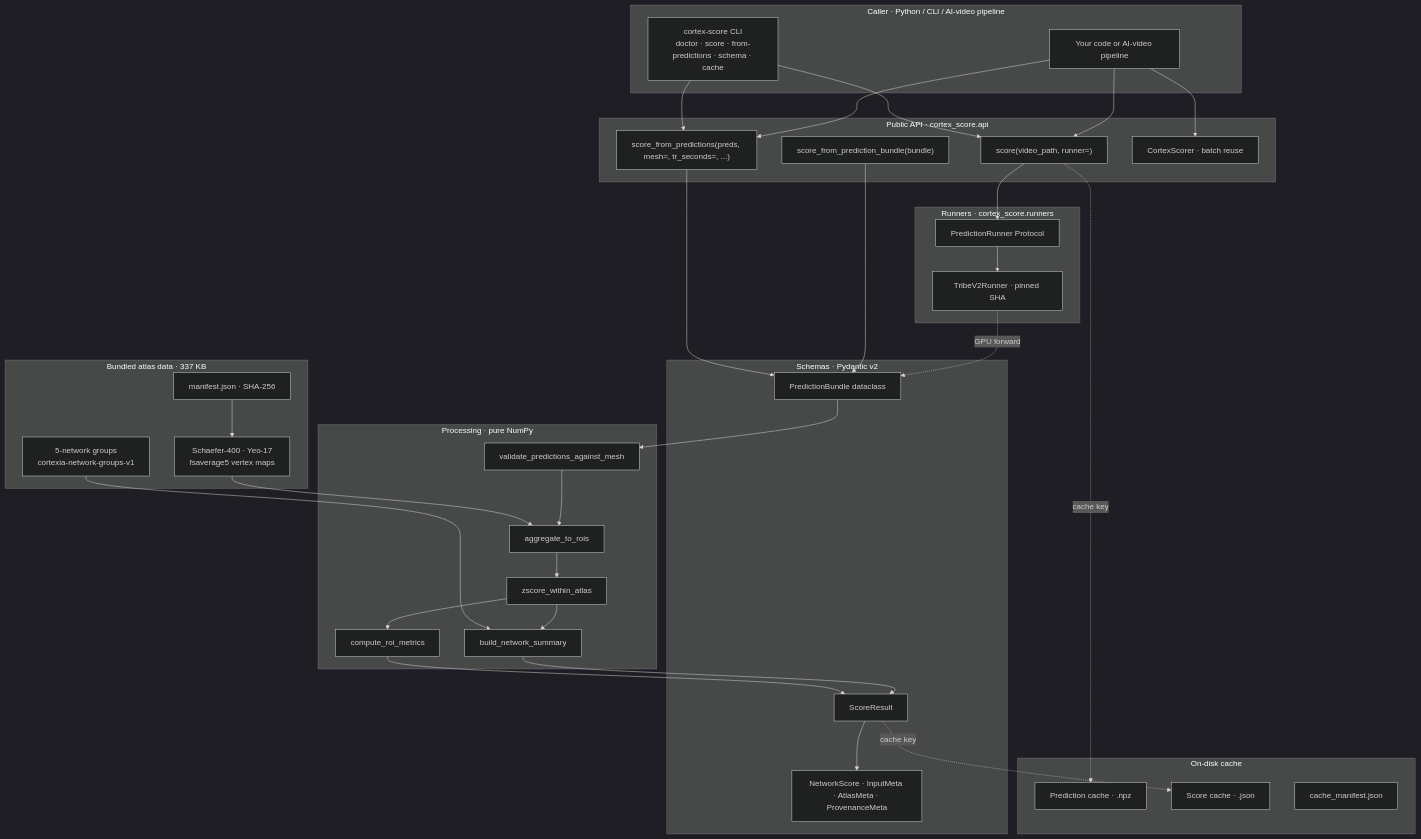
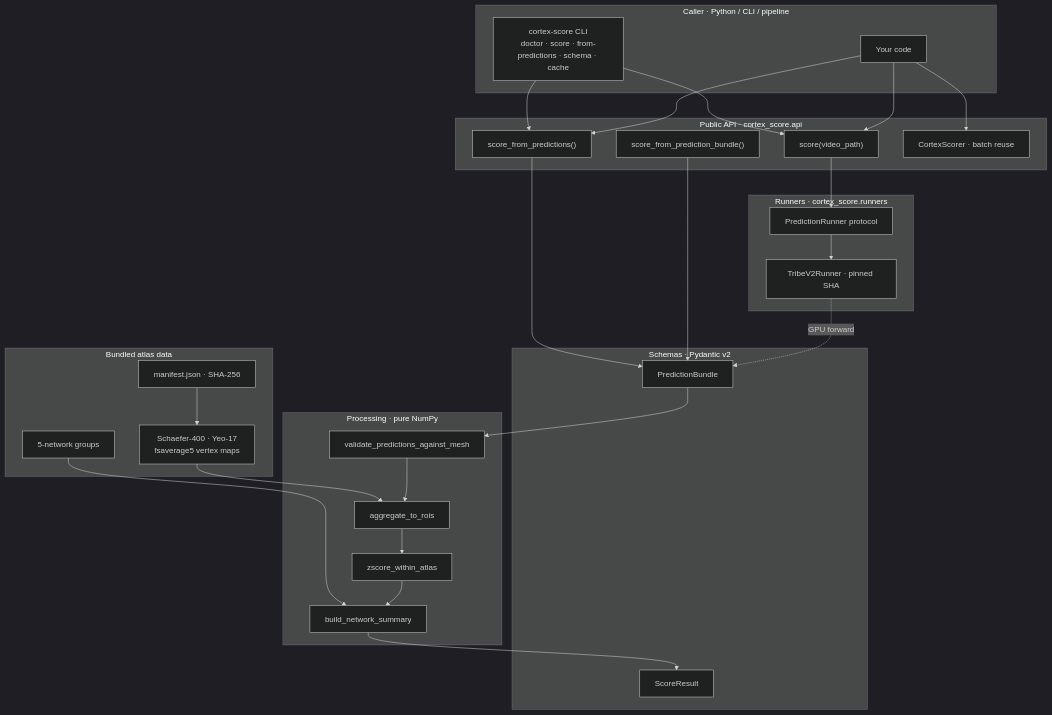
The second of 3 diagrams in README.md (madhavcodez/cortex-score), drawn with Mermaid (dark theme) before and after one commit. The commit also changed other lines of this file, not shown here.

Commit message:
docs: simplify README — strip badges/SVG chrome, keep diagrams and substance

````diff
--- a/README.md
+++ b/README.md
@@ -60,74 +49,48 @@
 ```mermaid
 flowchart TB
-    subgraph Caller["Caller · Python / CLI / AI-video pipeline"]
-        APP[Your code or AI-video pipeline]
+    subgraph "Caller · Python / CLI / pipeline"
+        APP[Your code]
         CLI["cortex-score CLI<br/>doctor · score · from-predictions · schema · cache"]
     end
 
-    subgraph Public["Public API · cortex_score.api"]
-        SFB["score_from_prediction_bundle(bundle)"]
-        SFP["score_from_predictions(preds, mesh=, tr_seconds=, ...)"]
-        SCORE["score(video_path, runner=)"]
+    subgraph "Public API · cortex_score.api"
+        SFB["score_from_prediction_bundle()"]
+        SFP["score_from_predictions()"]
+        SCORE["score(video_path)"]
         CS[CortexScorer · batch reuse]
     end
 
-    subgraph Runners["Runners · cortex_score.runners"]
-        PROT[PredictionRunner Protocol]
+    subgraph "Runners · cortex_score.runners"
+        PROT[PredictionRunner protocol]
         TRIBE["TribeV2Runner · pinned SHA"]
     end
 
-    subgraph Processing["Processing · pure NumPy"]
+    subgraph "Processing · pure NumPy"
         AGG[aggregate_to_rois]
         NORM[zscore_within_atlas]
         NET[build_network_summary]
-        METRICS[compute_roi_metrics]
         VAL[validate_predictions_against_mesh]
     end
 
-    subgraph Data["Bundled atlas data · 337 KB"]
+    subgraph "Bundled atlas data"
         ATLAS["Schaefer-400 · Yeo-17<br/>fsaverage5 vertex maps"]
-        GROUPS["5-network groups<br/>cortexia-network-groups-v1"]
+        GROUPS[5-network groups]
         MAN[manifest.json · SHA-256]
     end
 
-    subgraph Output["Schemas · Pydantic v2"]
-        PB[PredictionBundle dataclass]
+    subgraph "Schemas · Pydantic v2"
+        PB[PredictionBundle]
         SR[ScoreResult]
-        SUB[NetworkScore · InputMeta · AtlasMeta · ProvenanceMeta]
     end
 
-    subgraph Cache["On-disk cache"]
-        PRED[Prediction cache · .npz]
-        SCO[Score cache · .json]
-        MAN2[cache_manifest.json]
-    end
-
-    APP --> SFP
-    APP --> SCORE
-    APP --> CS
-    CLI --> SFP
-    CLI --> SCORE
-
-    SCORE --> PROT
-    PROT --> TRIBE
+    APP --> SFP & SCORE & CS
+    CLI --> SFP & SCORE
+    SCORE --> PROT --> TRIBE
     TRIBE -.GPU forward.-> PB
-
     SFB --> PB
     SFP --> PB
-    PB --> VAL
-    VAL --> AGG
-    AGG --> NORM
-    NORM --> NET
-    NORM --> METRICS
-
+    PB --> VAL --> AGG --> NORM --> NET --> SR
     ATLAS --> AGG
     GROUPS --> NET
     MAN --> ATLAS
-
-    NET --> SR
-    METRICS --> SR
-    SR --> SUB
-
-    SCORE -.cache key.-> PRED
-    SR -.cache key.-> SCO
 ```
````
